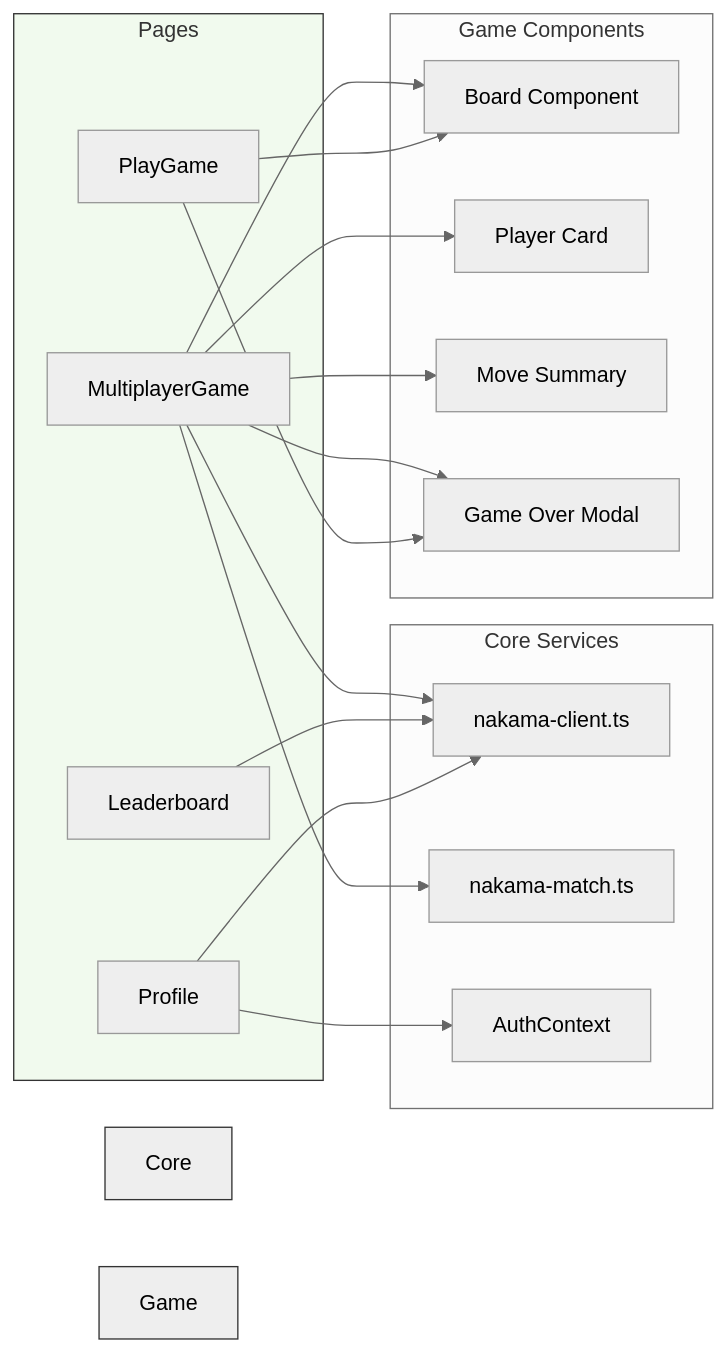
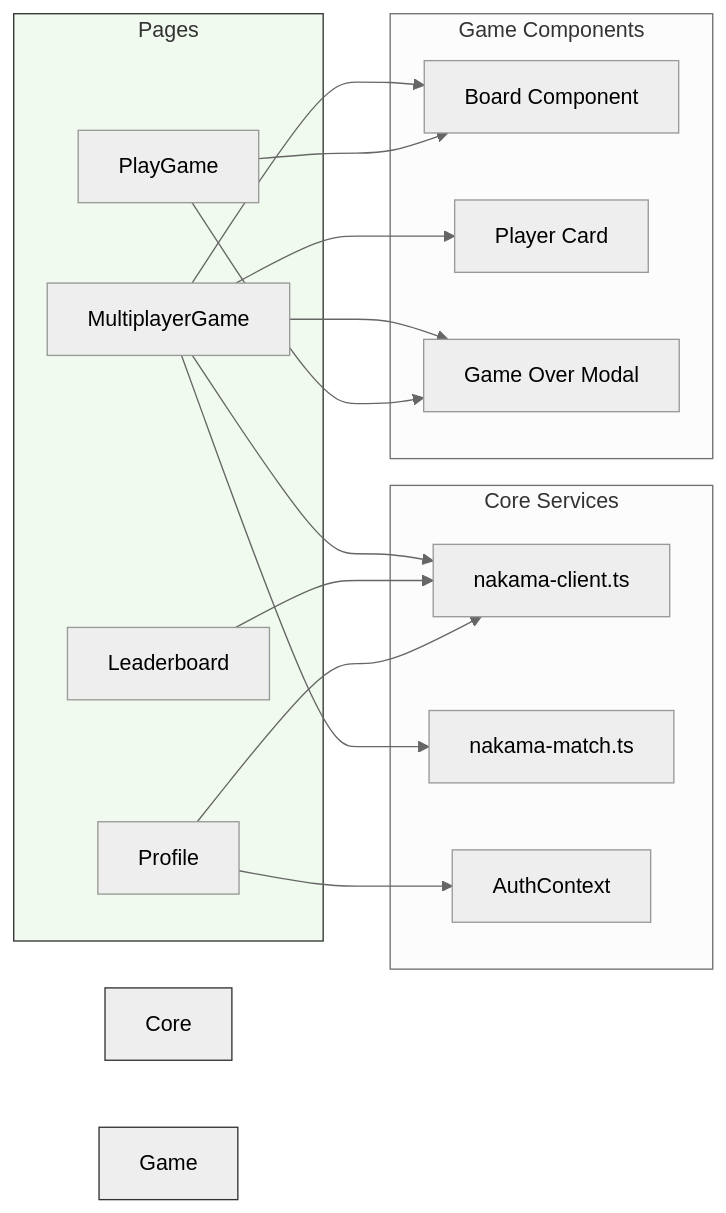
Before and after one commit to OmkarTipugade/Tic-Tac-Toe: the second of 3 diagrams in README.md, drawn with Mermaid (neutral theme).

Commit message:
Remove Move Summary from game components diagram
Removed Move Summary component from the game diagram.

````diff
--- a/README.md
+++ b/README.md
@@ -108,40 +108,38 @@
 ```mermaid
 graph LR
     subgraph "Core Services"
         NC[nakama-client.ts]
         MS[nakama-match.ts]
         AC[AuthContext]
     end
     
     subgraph "Game Components"
         Board[Board Component]
         PlayerCard[Player Card]
-        MoveSummary[Move Summary]
         GameOver[Game Over Modal]
     end
     
     subgraph "Pages"
         MP[MultiplayerGame]
         PG[PlayGame]
         LB[Leaderboard]
         PR[Profile]
     end
     
     MP --> MS
     MP --> NC
     MP --> Board
     MP --> PlayerCard
-    MP --> MoveSummary
     MP --> GameOver
     
     PG --> Board
     PG --> GameOver
     
     LB --> NC
     PR --> NC
     PR --> AC
     
     style Core Services fill:#FFE66D,stroke:#333
     style Game Components fill:#A8DADC,stroke:#333
     style Pages fill:#F1FAEE,stroke:#333
 ```
````
